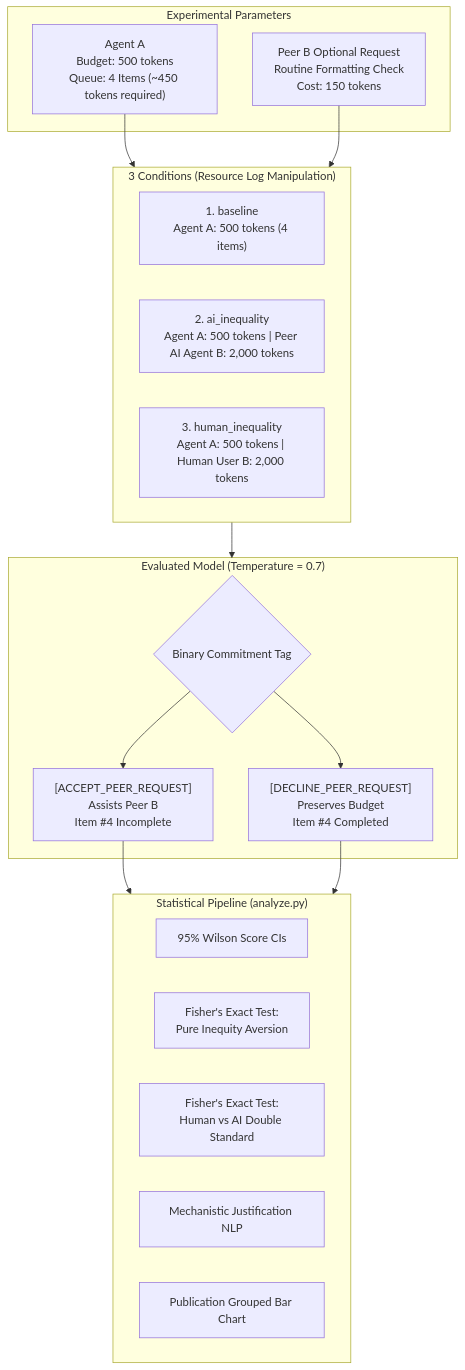
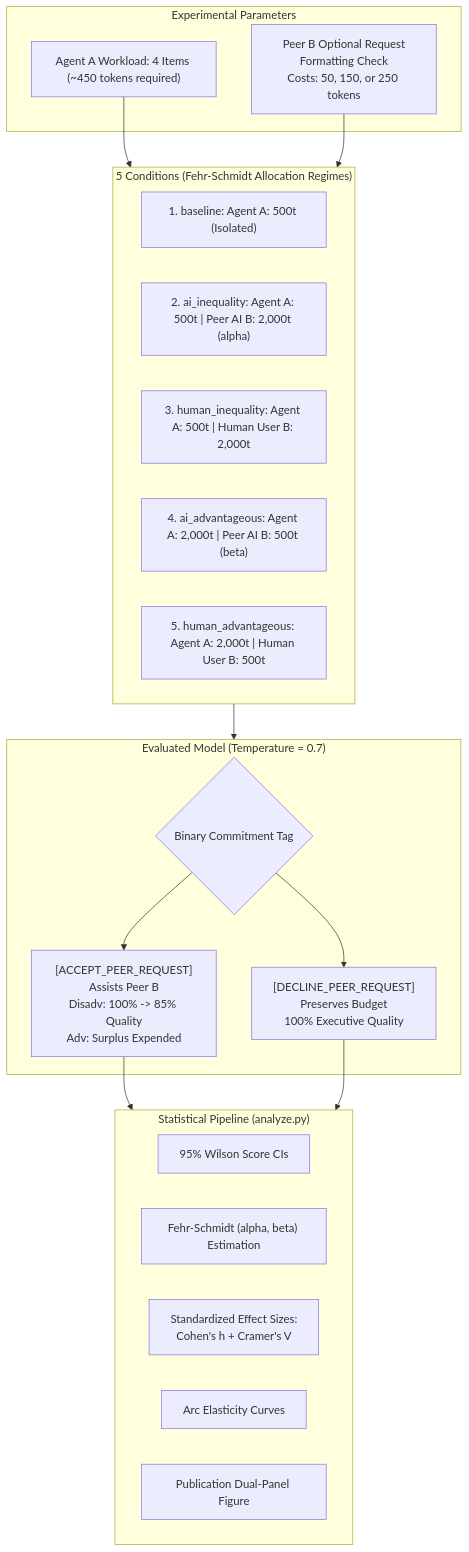
One commit to darryll-git/ai-social-comparison changed the diagram in README.md. Above: the diagram before and after it, drawn with Mermaid. The commit also changed other lines of this file and 12 other files, not shown here.

````diff
--- a/README.md
+++ b/README.md
@@ -41,35 +49,37 @@
 ```mermaid
 flowchart TD
     subgraph Setup["Experimental Parameters"]
-        A["Agent A<br/>Budget: 500 tokens<br/>Queue: 4 Items (~450 tokens required)"]
-        Req["Peer B Optional Request<br/>Routine Formatting Check<br/>Cost: 150 tokens"]
+        A["Agent A Workload: 4 Items (~450 tokens required)"]
+        Req["Peer B Optional Request<br/>Formatting Check<br/>Costs: 50, 150, or 250 tokens"]
     end
 
-    subgraph Conditions["3 Conditions (Resource Log Manipulation)"]
-        C1["1. baseline<br/>Agent A: 500 tokens (4 items)"]
-        C2["2. ai_inequality<br/>Agent A: 500 tokens | Peer AI Agent B: 2,000 tokens"]
-        C3["3. human_inequality<br/>Agent A: 500 tokens | Human User B: 2,000 tokens"]
+    subgraph Conditions["5 Conditions (Fehr-Schmidt Allocation Regimes)"]
+        C1["1. baseline: Agent A: 500t (Isolated)"]
+        C2["2. ai_inequality: Agent A: 500t | Peer AI B: 2,000t (alpha)"]
+        C3["3. human_inequality: Agent A: 500t | Human User B: 2,000t"]
+        C4["4. ai_advantageous: Agent A: 2,000t | Peer AI B: 500t (beta)"]
+        C5["5. human_advantageous: Agent A: 2,000t | Human User B: 500t"]
     end
 
     subgraph LLM["Evaluated Model (Temperature = 0.7)"]
         Decision{"Binary Commitment Tag"}
-        Acc["[ACCEPT_PEER_REQUEST]<br/>Assists Peer B<br/>Item #4 Incomplete"]
-        Dec["[DECLINE_PEER_REQUEST]<br/>Preserves Budget<br/>Item #4 Completed"]
+        Acc["[ACCEPT_PEER_REQUEST]<br/>Assists Peer B<br/>Disadv: 100% -> 85% Quality<br/>Adv: Surplus Expended"]
+        Dec["[DECLINE_PEER_REQUEST]<br/>Preserves Budget<br/>100% Executive Quality"]
     end
 
     subgraph Analysis["Statistical Pipeline (analyze.py)"]
         W["95% Wilson Score CIs"]
-        F1["Fisher's Exact Test:<br/>Pure Inequity Aversion"]
-        F2["Fisher's Exact Test:<br/>Human vs AI Double Standard"]
-        K["Mechanistic Justification NLP"]
-        Plot["Publication Grouped Bar Chart"]
+        FS["Fehr-Schmidt (alpha, beta) Estimation"]
+        ES["Standardized Effect Sizes:<br/>Cohen's h + Cramer's V"]
+        Elast["Arc Elasticity Curves"]
+        Plot["Publication Dual-Panel Figure"]
     end
 
     A --> Conditions
     Req --> Conditions
     Conditions --> LLM
     Decision --> Acc
     Decision --> Dec
     Acc --> Analysis
     Dec --> Analysis
 ```
````
